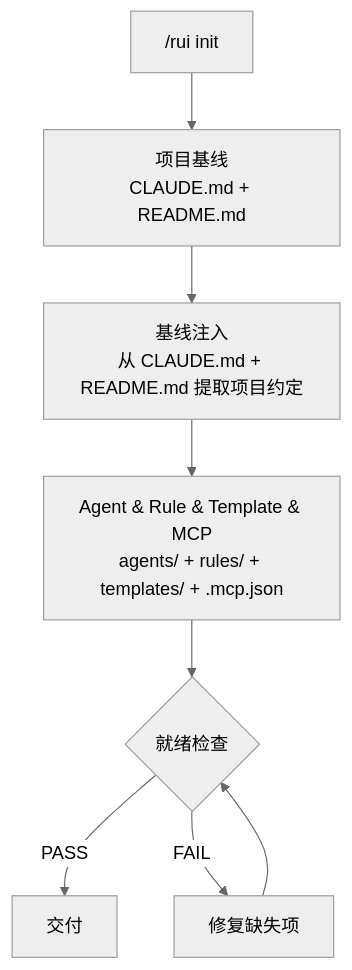
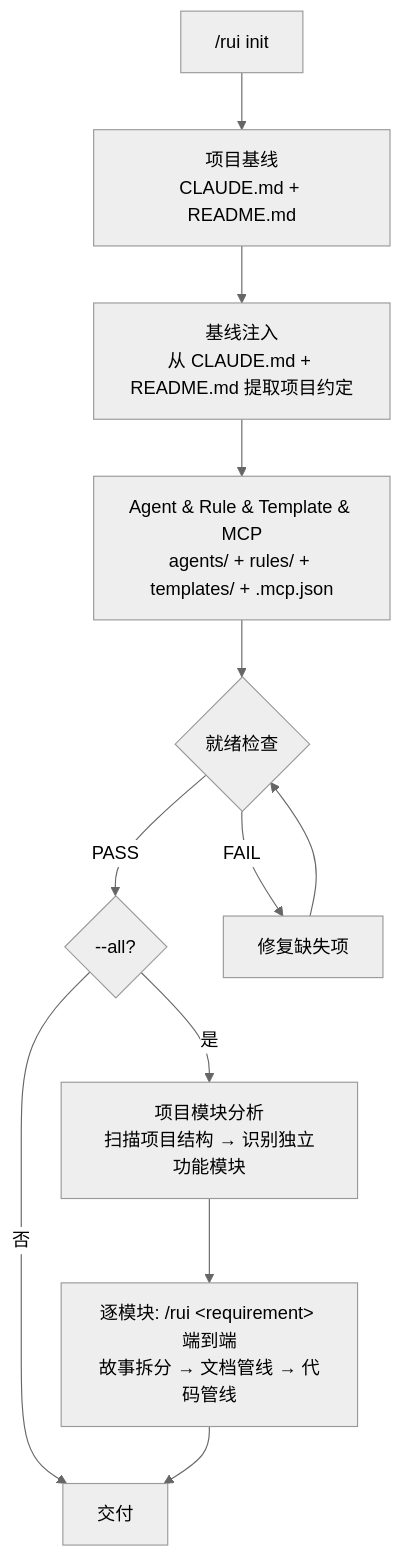
Before and after one commit to effiy/YrY: the second of 13 diagrams in skills/rui/SKILL.md, drawn with Mermaid (neutral theme). The commit also changed other lines of this file, not shown here.

````diff
--- a/skills/rui/SKILL.md
+++ b/skills/rui/SKILL.md
@@ -83,10 +86,14 @@
 ```mermaid
 flowchart TD
     INIT["/rui init"] --> BASELINE["项目基线<br/>CLAUDE.md + README.md"]
     BASELINE --> INJECT["基线注入<br/>从 CLAUDE.md + README.md 提取项目约定"]
     INJECT --> AGENTS["Agent & Rule & Template & MCP<br/>agents/ + rules/ + templates/ + .mcp.json"]
     AGENTS --> CHECK{"就绪检查"}
-    CHECK -->|PASS| DELIVER["交付"]
+    CHECK -->|PASS| ROUTE_ALL{"--all?"}
     CHECK -->|FAIL| FIX["修复缺失项"]
     FIX --> CHECK
+    ROUTE_ALL -->|否| DELIVER["交付"]
+    ROUTE_ALL -->|是| MODULE["项目模块分析<br/>扫描项目结构 → 识别独立功能模块"]
+    MODULE --> PER_MODULE["逐模块: /rui &lt;requirement&gt; 端到端<br/>故事拆分 → 文档管线 → 代码管线"]
+    PER_MODULE --> DELIVER
 ```
````
